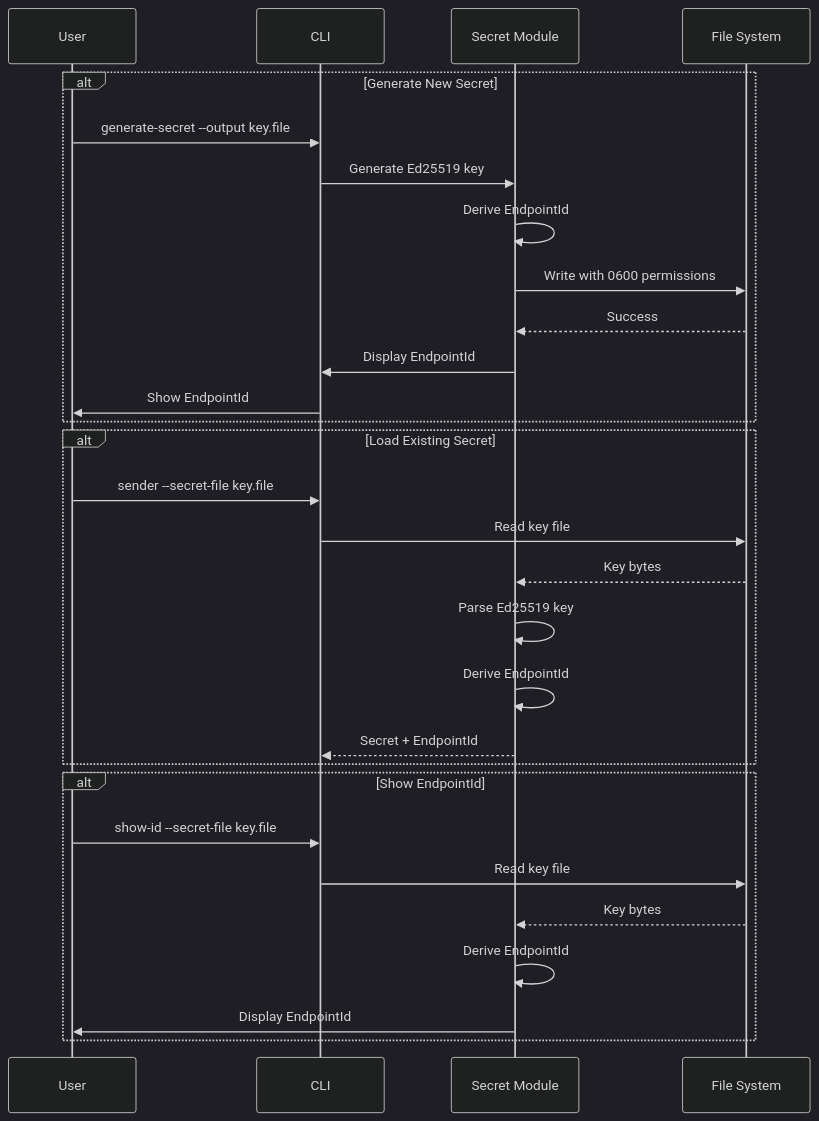
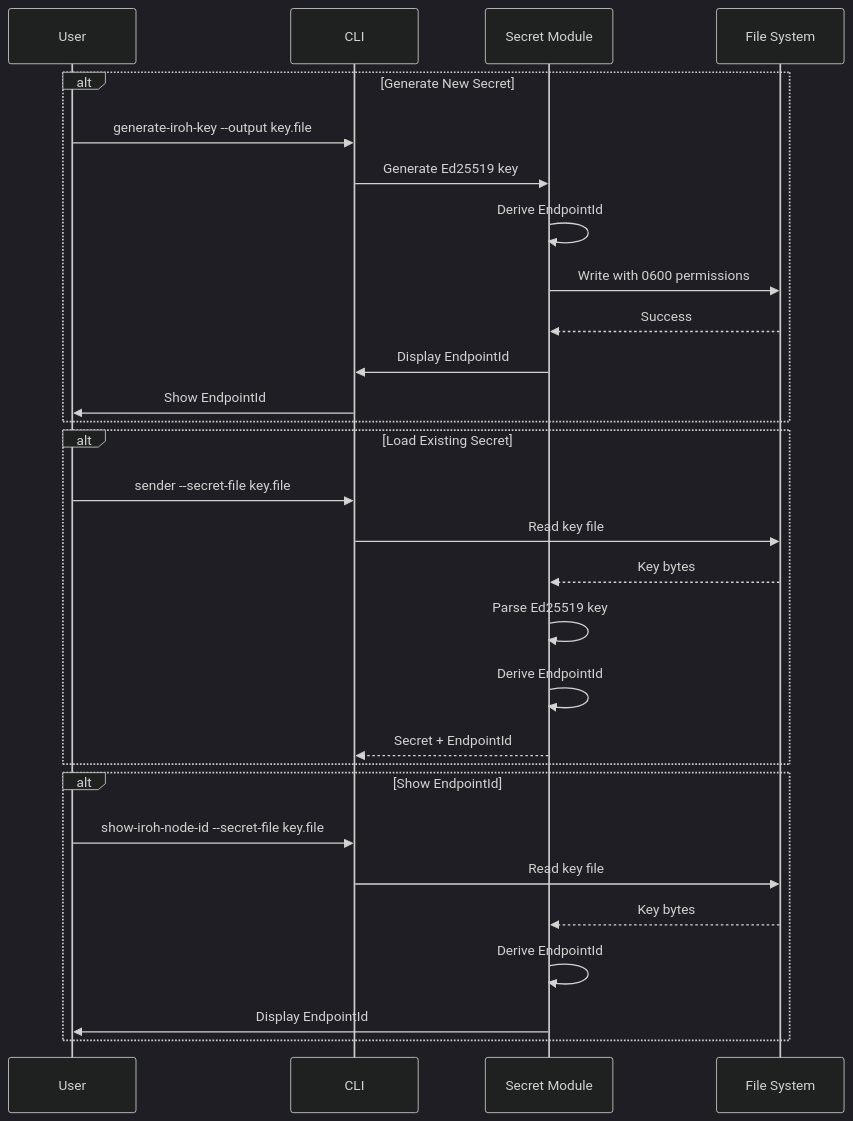
One commit to andrewtheguy/vpn-rs changed diagram 32 of 38 in docs/ARCHITECTURE.md. Above: the diagram before and after it, drawn with Mermaid (dark theme). The commit also changed 4 other files, not shown here.

Commit message:
feat: Update command names and documentation for iroh key generation and node ID display

````diff
--- a/docs/ARCHITECTURE.md
+++ b/docs/ARCHITECTURE.md
@@ -1285,34 +1285,34 @@
 ```mermaid
 sequenceDiagram
     participant User as User
     participant CLI as CLI
     participant Secret as Secret Module
     participant FS as File System
     
     alt Generate New Secret
-        User->>CLI: generate-secret --output key.file
+        User->>CLI: generate-iroh-key --output key.file
         CLI->>Secret: Generate Ed25519 key
         Secret->>Secret: Derive EndpointId
         Secret->>FS: Write with 0600 permissions
         FS-->>Secret: Success
         Secret->>CLI: Display EndpointId
         CLI->>User: Show EndpointId
     end
     
     alt Load Existing Secret
         User->>CLI: sender --secret-file key.file
         CLI->>FS: Read key file
         FS-->>Secret: Key bytes
         Secret->>Secret: Parse Ed25519 key
         Secret->>Secret: Derive EndpointId
         Secret-->>CLI: Secret + EndpointId
     end
     
     alt Show EndpointId
-        User->>CLI: show-id --secret-file key.file
+        User->>CLI: show-iroh-node-id --secret-file key.file
         CLI->>FS: Read key file
         FS-->>Secret: Key bytes
         Secret->>Secret: Derive EndpointId
         Secret->>User: Display EndpointId
     end
 ```
````
